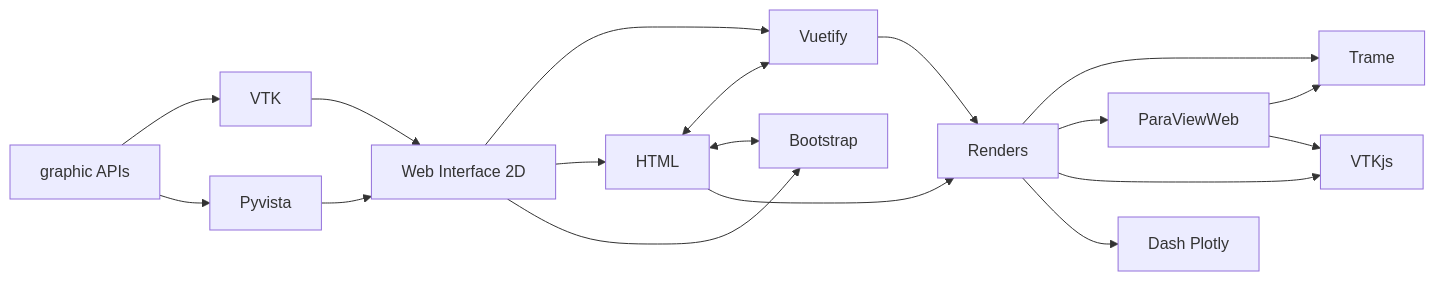
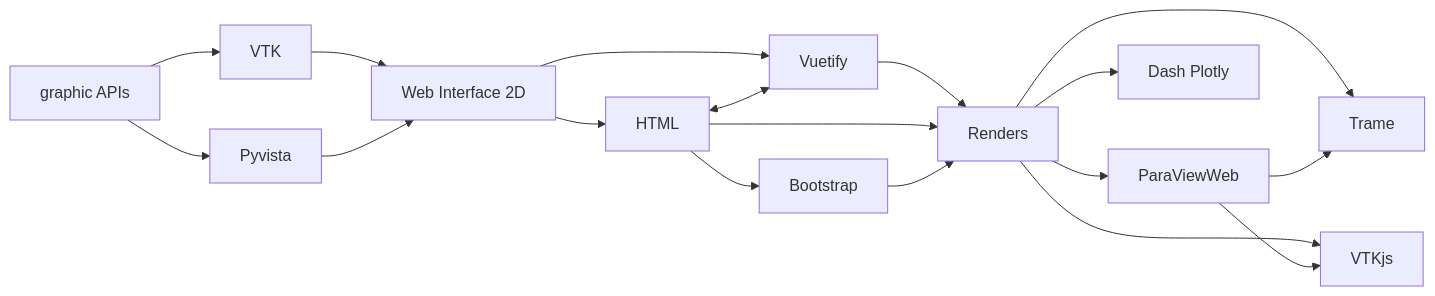
Before and after one commit to oscarBarEs/myTFG: the diagram in stateOftheArt/Readme.md, drawn with Mermaid.

Commit message:
updated chart web

````diff
--- a/stateOftheArt/Readme.md
+++ b/stateOftheArt/Readme.md
@@ -9,21 +9,21 @@
 ```mermaid
 graph LR
 A[graphic APIs] --> B[VTK]
 A --> C[Pyvista]
 B --> D[Web Interface 2D]
 C --> D
 D --> E[Vuetify]
 D --> F[HTML]
-D --> L[Bootstrap]
+F --> L[Bootstrap]
 F <--> E
-F <--> L
 E --> G[Renders]
 F --> G
+L --> G
 G --> H[Trame]
 G --> J[ParaViewWeb]
 G --> I[VTKjs]
 J --> H
 J --> I
 G --> K[Dash Plotly]
 
 ```
````
